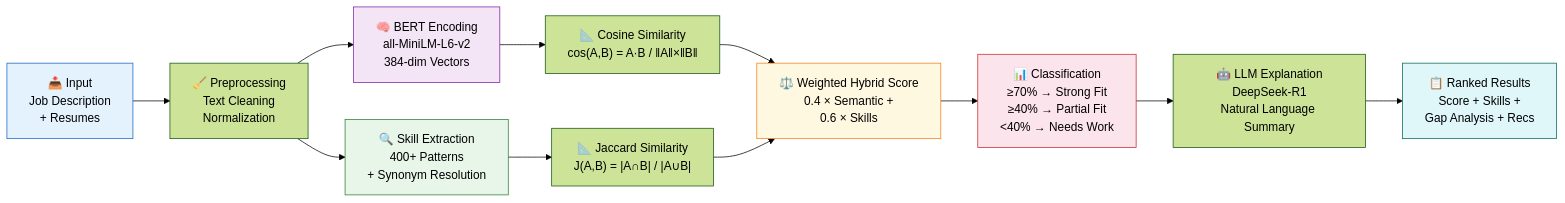
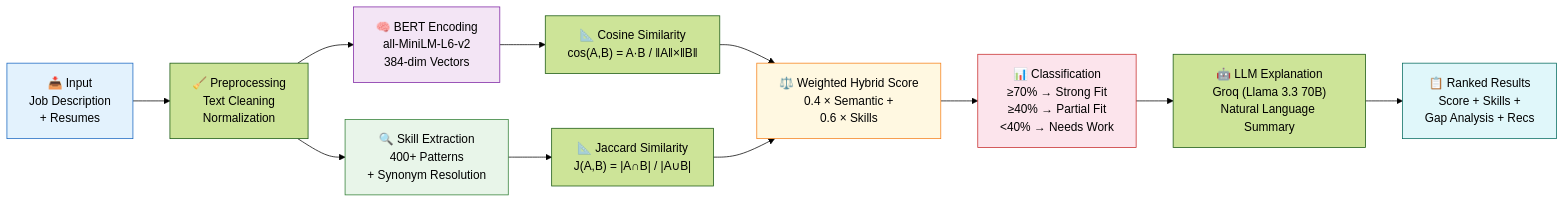
Before and after one commit to RKG765/Resume-Job-Matching-System: the second of 5 diagrams in README.md, drawn with Mermaid (forest theme). The commit also changed other lines of this file and 18 other files, not shown here.

````diff
--- a/README.md
+++ b/README.md
@@ -117,20 +120,20 @@
 ```mermaid
 flowchart LR
     A["📥 Input<br/>Job Description<br/>+ Resumes"] --> B["🧹 Preprocessing<br/>Text Cleaning<br/>Normalization"]
     B --> C["🧠 BERT Encoding<br/>all-MiniLM-L6-v2<br/>384-dim Vectors"]
     B --> D["🔍 Skill Extraction<br/>400+ Patterns<br/>+ Synonym Resolution"]
     C --> E["📐 Cosine Similarity<br/>cos(A,B) = A·B / ‖A‖×‖B‖"]
     D --> F["📐 Jaccard Similarity<br/>J(A,B) = |A∩B| / |A∪B|"]
     E --> G["⚖️ Weighted Hybrid Score<br/>0.4 × Semantic +<br/>0.6 × Skills"]
     F --> G
     G --> H["📊 Classification<br/>≥70% → Strong Fit<br/>≥40% → Partial Fit<br/> <40% → Needs Work"]
-    H --> I["🤖 LLM Explanation<br/>DeepSeek-R1<br/>Natural Language Summary"]
+    H --> I["🤖 LLM Explanation<br/>Groq (Llama 3.3 70B)<br/>Natural Language Summary"]
     I --> J["📋 Ranked Results<br/>Score + Skills +<br/>Gap Analysis + Recs"]
 
     style A fill:#e3f2fd,stroke:#1565C0
     style C fill:#f3e5f5,stroke:#7B1FA2
     style D fill:#e8f5e9,stroke:#2E7D32
     style G fill:#fff8e1,stroke:#F57F17
     style H fill:#fce4ec,stroke:#C62828
     style J fill:#e0f7fa,stroke:#00695C
 ```
````
